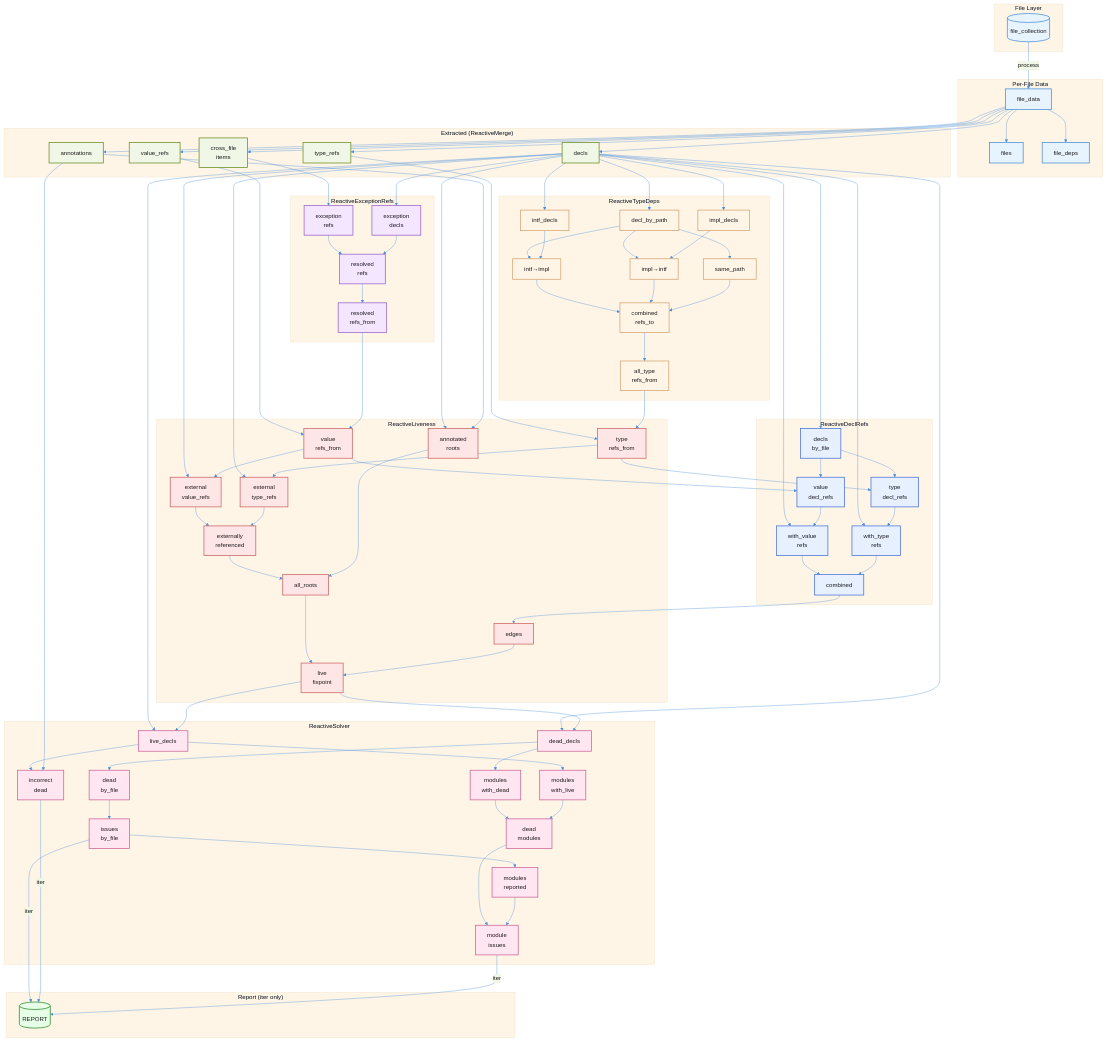
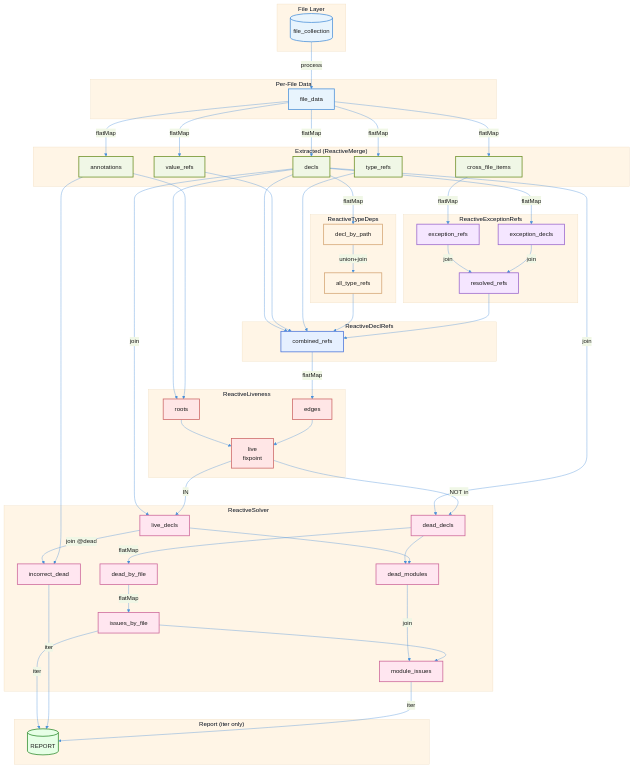
One commit to rescript-lang/rescript changed the diagram in analysis/reanalyze/diagrams/reactive-pipeline.mmd. Above: the diagram before and after it, drawn with Mermaid. The commit also changed 2 other files, not shown here.

Commit message:
Simplify reactive pipeline diagram with clearer names
- Use readable names instead of abbreviations (decls not D, etc.)
- Keep high-level abstraction (~25 nodes, hides internal details)
- Document -mermaid flag for full 44-node auto-generated diagram
- Regenerate SVG

```diff
--- a/analysis/reanalyze/diagrams/reactive-pipeline.mmd
+++ b/analysis/reanalyze/diagrams/reactive-pipeline.mmd
@@ -1,192 +1,119 @@
 %%{init: {'theme': 'base', 'themeVariables': { 'primaryColor': '#e8f4fd', 'primaryTextColor': '#1a1a1a', 'primaryBorderColor': '#4a90d9', 'lineColor': '#4a90d9', 'secondaryColor': '#f0f7e6', 'tertiaryColor': '#fff5e6'}}}%%
 flowchart TB
     subgraph FileLayer["File Layer"]
         file_collection[("file_collection")]
     end
 
     subgraph FileData["Per-File Data"]
         file_data[file_data]
-        files[files]
-        file_deps[file_deps]
     end
 
     subgraph Extracted["Extracted (ReactiveMerge)"]
         decls[decls]
         annotations[annotations]
         value_refs[value_refs]
         type_refs[type_refs]
-        cross_file[cross_file<br/>items]
+        cross_file_items[cross_file_items]
     end
 
     subgraph TypeDeps["ReactiveTypeDeps"]
         decl_by_path[decl_by_path]
-        intf_decls[intf_decls]
-        impl_decls[impl_decls]
-        intf_to_impl[intf→impl]
-        impl_to_intf[impl→intf]
-        same_path[same_path]
-        combined_refs[combined<br/>refs_to]
-        all_type_refs[all_type<br/>refs_from]
+        all_type_refs[all_type_refs]
     end
 
     subgraph ExcRefs["ReactiveExceptionRefs"]
-        exc_collection[exception<br/>refs]
-        exc_decls[exception<br/>decls]
-        resolved_refs[resolved<br/>refs]
-        resolved_from[resolved<br/>refs_from]
+        exception_refs[exception_refs]
+        exception_decls[exception_decls]
+        resolved_refs[resolved_refs]
     end
 
     subgraph DeclRefs["ReactiveDeclRefs"]
-        decls_by_file[decls<br/>by_file]
-        value_decl_refs[value<br/>decl_refs]
-        type_decl_refs[type<br/>decl_refs]
-        with_value[with_value<br/>refs]
-        with_type[with_type<br/>refs]
-        combined[combined]
+        combined_refs[combined_refs]
     end
 
     subgraph Liveness["ReactiveLiveness"]
-        value_refs_from[value<br/>refs_from]
-        type_refs_from[type<br/>refs_from]
-        ext_value_refs[external<br/>value_refs]
-        ext_type_refs[external<br/>type_refs]
-        ext_referenced[externally<br/>referenced]
-        annotated_roots[annotated<br/>roots]
-        all_roots[all_roots]
+        roots[roots]
         edges[edges]
         live[live<br/>fixpoint]
     end
 
     subgraph Solver["ReactiveSolver"]
         dead_decls[dead_decls]
         live_decls[live_decls]
-        modules_dead[modules<br/>with_dead]
-        modules_live[modules<br/>with_live]
-        dead_modules[dead<br/>modules]
-        dead_by_file[dead<br/>by_file]
-        issues_by_file[issues<br/>by_file]
-        incorrect_dead[incorrect<br/>dead]
-        modules_reported[modules<br/>reported]
-        module_issues[module<br/>issues]
+        dead_modules[dead_modules]
+        dead_by_file[dead_by_file]
+        issues_by_file[issues_by_file]
+        incorrect_dead[incorrect_dead]
+        module_issues[module_issues]
     end
 
     subgraph Report["Report (iter only)"]
         OUTPUT[("REPORT")]
     end
 
-    %% File Layer
     file_collection -->|process| file_data
-    file_data --> files
-    file_data --> file_deps
-    file_data --> decls
-    file_data --> annotations
-    file_data --> value_refs
-    file_data --> type_refs
-    file_data --> cross_file
+    file_data -->|flatMap| decls
+    file_data -->|flatMap| annotations
+    file_data -->|flatMap| value_refs
+    file_data -->|flatMap| type_refs
+    file_data -->|flatMap| cross_file_items
 
-    %% TypeDeps
-    decls --> decl_by_path
-    decls --> intf_decls
-    decls --> impl_decls
-    decl_by_path --> intf_to_impl
-    decl_by_path --> impl_to_intf
-    decl_by_path --> same_path
-    intf_decls --> intf_to_impl
-    impl_decls --> impl_to_intf
-    intf_to_impl --> combined_refs
-    impl_to_intf --> combined_refs
-    same_path --> combined_refs
-    combined_refs --> all_type_refs
+    decls -->|flatMap| decl_by_path
+    decl_by_path -->|union+join| all_type_refs
 
-    %% ExceptionRefs
-    cross_file --> exc_collection
-    decls --> exc_decls
-    exc_collection --> resolved_refs
-    exc_decls --> resolved_refs
-    resolved_refs --> resolved_from
+    cross_file_items -->|flatMap| exception_refs
+    decls -->|flatMap| exception_decls
+    exception_refs -->|join| resolved_refs
+    exception_decls -->|join| resolved_refs
 
-    %% DeclRefs
-    decls --> decls_by_file
-    decls --> with_value
-    decls --> with_type
-    decls_by_file --> value_decl_refs
-    decls_by_file --> type_decl_refs
-    value_decl_refs --> with_value
-    type_decl_refs --> with_type
-    with_value --> combined
-    with_type --> combined
+    decls --> combined_refs
+    value_refs --> combined_refs
+    type_refs --> combined_refs
+    all_type_refs --> combined_refs
+    resolved_refs --> combined_refs
 
-    %% Liveness inputs
-    value_refs --> value_refs_from
-    type_refs --> type_refs_from
-    all_type_refs --> type_refs_from
-    resolved_from --> value_refs_from
+    decls --> roots
+    annotations --> roots
 
-    %% Liveness external refs
-    decls --> ext_value_refs
-    decls --> ext_type_refs
-    value_refs_from --> ext_value_refs
-    type_refs_from --> ext_type_refs
-    value_refs_from --> value_decl_refs
-    type_refs_from --> type_decl_refs
-    ext_value_refs --> ext_referenced
-    ext_type_refs --> ext_referenced
-
-    %% Liveness roots
-    decls --> annotated_roots
-    annotations --> annotated_roots
-    ext_referenced --> all_roots
-    annotated_roots --> all_roots
-
-    %% Liveness fixpoint
-    combined --> edges
-    all_roots --> live
+    combined_refs -->|flatMap| edges
+    roots --> live
     edges --> live
 
-    %% Solver partition
-    decls --> dead_decls
-    decls --> live_decls
-    live --> dead_decls
-    live --> live_decls
+    decls -->|join| dead_decls
+    live -->|NOT in| dead_decls
+    decls -->|join| live_decls
+    live -->|IN| live_decls
 
-    %% Solver modules
-    dead_decls --> modules_dead
-    live_decls --> modules_live
-    modules_dead --> dead_modules
-    modules_live --> dead_modules
+    dead_decls --> dead_modules
+    live_decls --> dead_modules
 
-    %% Solver issues
-    dead_decls --> dead_by_file
-    dead_by_file --> issues_by_file
+    dead_decls -->|flatMap| dead_by_file
+    dead_by_file -->|flatMap| issues_by_file
 
-    %% Solver incorrect @dead
-    live_decls --> incorrect_dead
+    live_decls -->|join @dead| incorrect_dead
     annotations --> incorrect_dead
 
-    %% Solver module issues
-    issues_by_file --> modules_reported
-    dead_modules --> module_issues
-    modules_reported --> module_issues
+    dead_modules -->|join| module_issues
+    issues_by_file --> module_issues
 
-    %% Output
     issues_by_file -->|iter| OUTPUT
     incorrect_dead -->|iter| OUTPUT
     module_issues -->|iter| OUTPUT
 
     classDef fileLayer fill:#e8f4fd,stroke:#4a90d9,stroke-width:2px
     classDef extracted fill:#f0f7e6,stroke:#6b8e23,stroke-width:2px
     classDef typeDeps fill:#fff5e6,stroke:#d4a574,stroke-width:2px
     classDef excDeps fill:#f5e6ff,stroke:#9966cc,stroke-width:2px
     classDef declRefs fill:#e6f0ff,stroke:#4a74d9,stroke-width:2px
     classDef liveness fill:#ffe6e6,stroke:#cc6666,stroke-width:2px
     classDef solver fill:#ffe6f0,stroke:#cc6699,stroke-width:2px
     classDef output fill:#e6ffe6,stroke:#2e8b2e,stroke-width:2px
 
-    class file_collection,file_data,files,file_deps fileLayer
-    class decls,annotations,value_refs,type_refs,cross_file extracted
-    class decl_by_path,intf_decls,impl_decls,intf_to_impl,impl_to_intf,same_path,combined_refs,all_type_refs typeDeps
-    class exc_collection,exc_decls,resolved_refs,resolved_from excDeps
-    class decls_by_file,value_decl_refs,type_decl_refs,with_value,with_type,combined declRefs
-    class value_refs_from,type_refs_from,ext_value_refs,ext_type_refs,ext_referenced,annotated_roots,all_roots,edges,live liveness
-    class dead_decls,live_decls,modules_dead,modules_live,dead_modules,dead_by_file,issues_by_file,incorrect_dead,modules_reported,module_issues solver
+    class file_collection,file_data fileLayer
+    class decls,annotations,value_refs,type_refs,cross_file_items extracted
+    class decl_by_path,all_type_refs typeDeps
+    class exception_refs,exception_decls,resolved_refs excDeps
+    class combined_refs declRefs
+    class roots,edges,live liveness
+    class dead_decls,live_decls,dead_modules,dead_by_file,issues_by_file,incorrect_dead,module_issues solver
     class OUTPUT output
```
